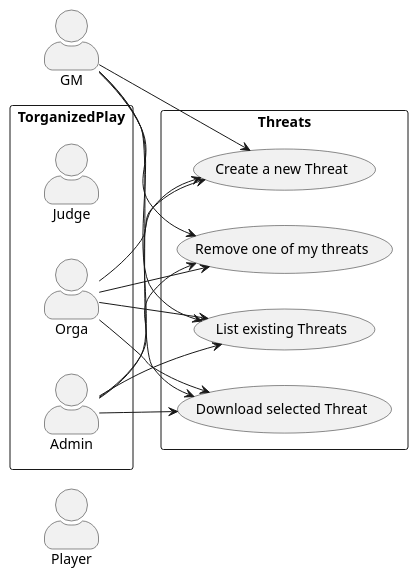
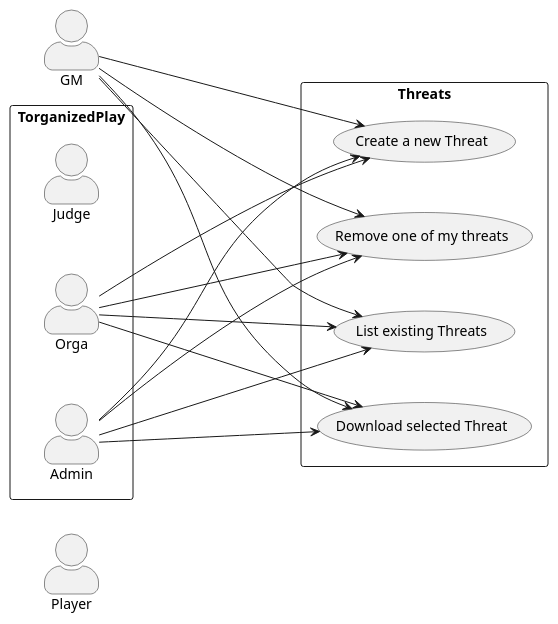
The third of 6 diagrams in src/main/docs/src/03_system_scope_and_context.adoc (Paladins-Inn/torganized-play-architecture), drawn with PlantUML before and after one commit. The commit also changed other lines of this file and 30 other files, not shown here.

```diff
--- a/src/main/docs/src/03_system_scope_and_context.adoc
+++ b/src/main/docs/src/03_system_scope_and_context.adoc
@@ -110,38 +119,40 @@
 [plantuml,business-context-threats,svg]
 ....
 @startuml
 left to right direction
 skinparam actorStyle awesome
+skinparam nodesep 50
+skinparam ranksep 200
 
 actor Player as player
 actor GM as gm
 
 rectangle TorganizedPlay {
     actor Judge as judge
     actor Orga as orga
     actor Admin as admin
 }
 
 rectangle Threats {
     usecase "Create a new Threat" as cthreat
     usecase "Remove one of my threats" as cremove
 
     usecase "List existing Threats" as clist
     usecase "Download selected Threat" as cdown
 }
 
 gm --> cthreat
 gm --> cremove
 gm --> clist
 gm --> cdown
 orga --> cthreat
 orga --> cremove
 orga --> clist
 orga --> cdown
 admin --> cthreat
 admin --> cremove
 admin --> clist
 admin --> cdown
 
 @enduml
 ....
```
